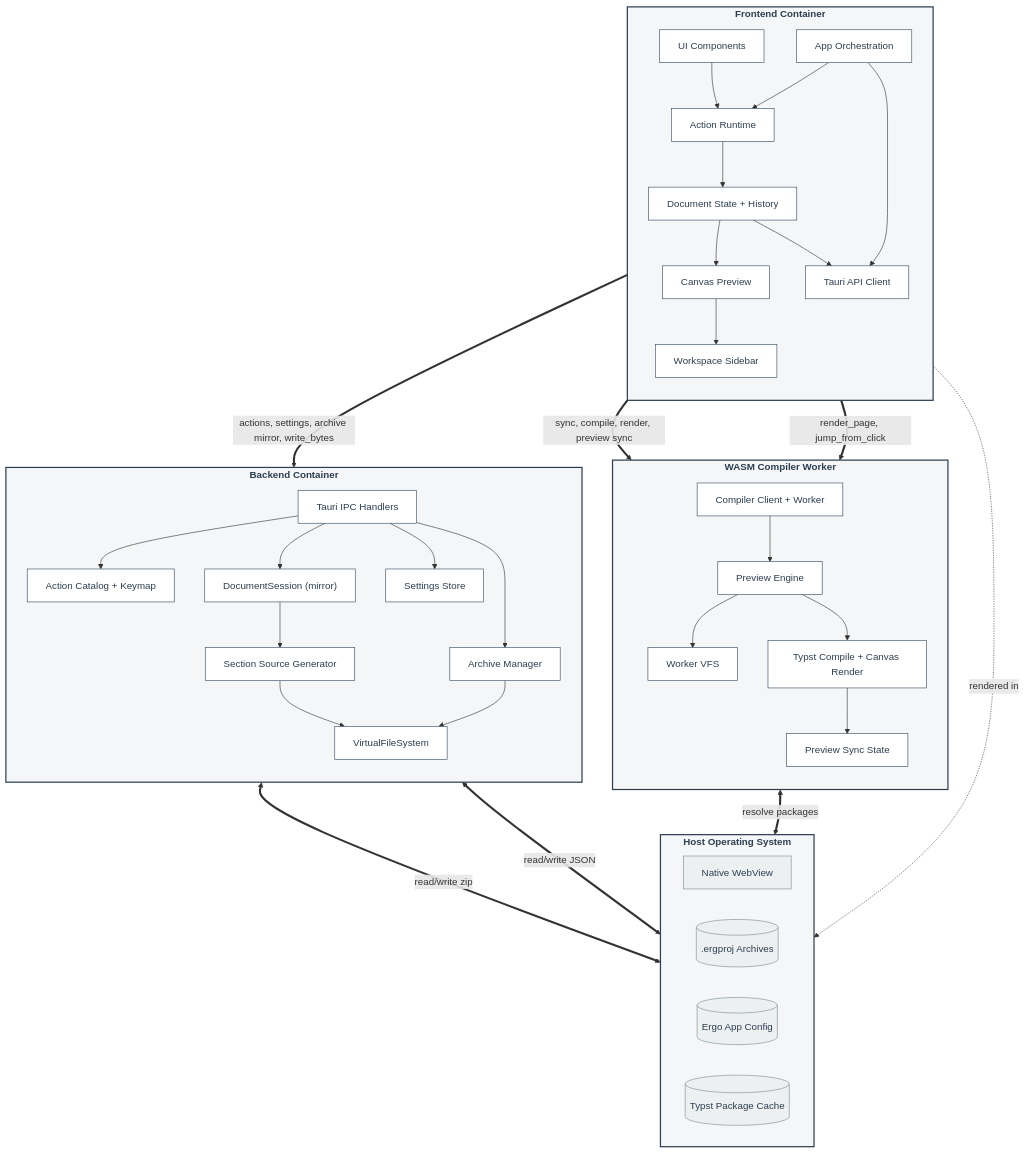
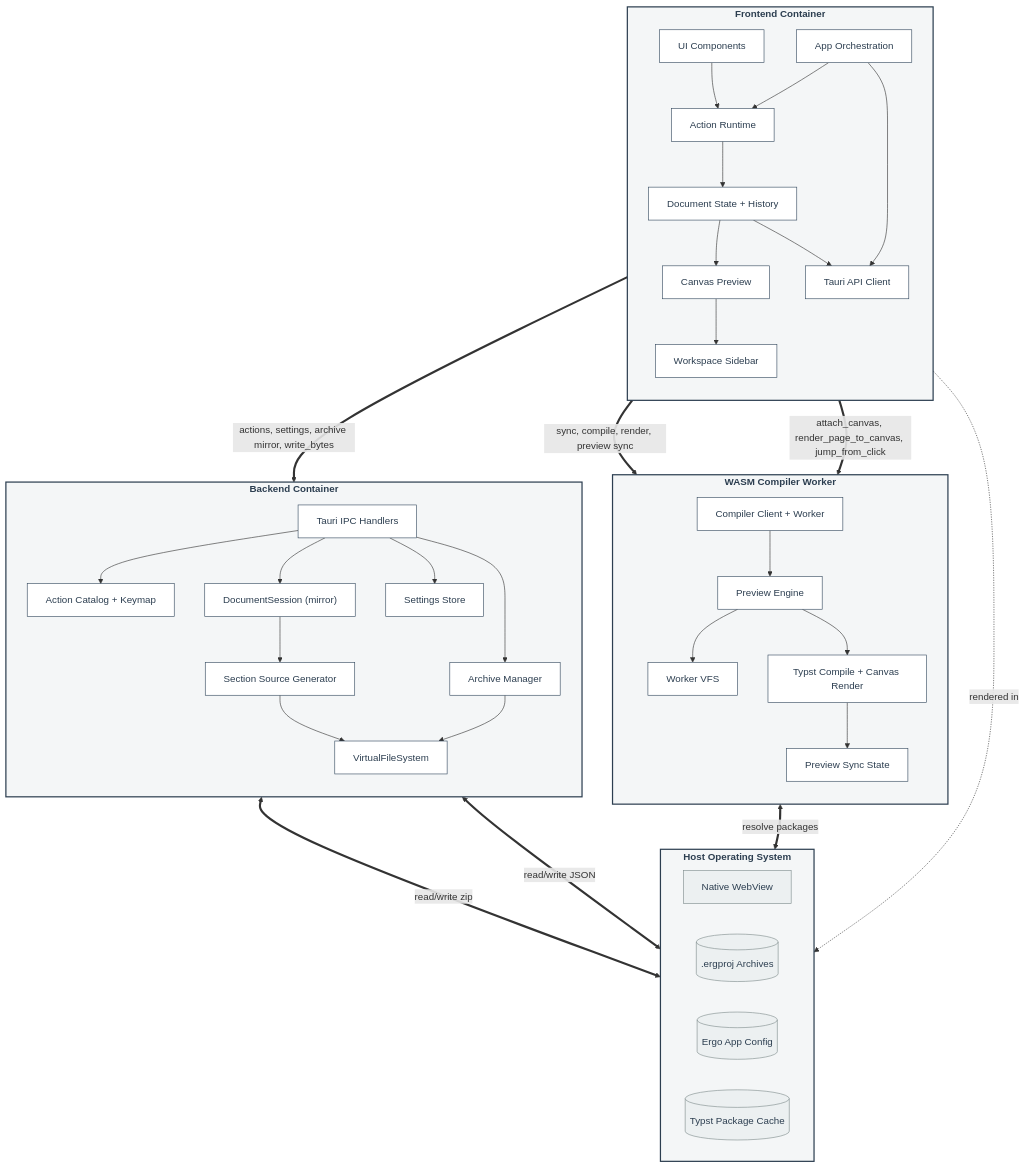
One commit to andmoreduro/ergo changed the diagram in context/component-diagram.md. Above: the diagram before and after it, drawn with Mermaid. The commit also changed other lines of this file and 2 other files, not shown here.

Commit message:
Document worker-owned canvas rendering

````diff
--- a/context/component-diagram.md
+++ b/context/component-diagram.md
@@ -18,79 +18,79 @@
 ```mermaid
 flowchart TB
     classDef container fill:#f4f6f7,stroke:#2c3e50,stroke-width:2px,color:#2c3e50,font-weight:bold;
     classDef comp fill:#ffffff,stroke:#34495e,stroke-width:1px,color:#2c3e50;
     classDef db fill:#ecf0f1,stroke:#7f8c8d,stroke-width:1px,color:#2c3e50;
 
     subgraph Frontend ["Frontend Container"]
         direction TB
         UI["UI Components"]:::comp
         Actions["Action Runtime"]:::comp
         DocState["Document State + History"]:::comp
         AppOrch["App Orchestration"]:::comp
         PreviewUI["Canvas Preview"]:::comp
         Sidebar["Workspace Sidebar"]:::comp
         TauriClient["Tauri API Client"]:::comp
 
         UI --> Actions
         Actions --> DocState
         AppOrch --> Actions
         AppOrch --> TauriClient
         DocState --> PreviewUI
         PreviewUI --> Sidebar
         DocState --> TauriClient
     end
 
     subgraph WasmWorker ["WASM Compiler Worker"]
         direction TB
         WorkerBridge["Compiler Client + Worker"]:::comp
         PreviewEngine["Preview Engine"]:::comp
         PreviewSync["Preview Sync State"]:::comp
         WorkerVFS["Worker VFS"]:::comp
         TypstCompile["Typst Compile + Canvas Render"]:::comp
 
         WorkerBridge --> PreviewEngine
         PreviewEngine --> WorkerVFS
         PreviewEngine --> TypstCompile
         TypstCompile --> PreviewSync
     end
 
     subgraph Backend ["Backend Container"]
         direction TB
         Handlers["Tauri IPC Handlers"]:::comp
         Session["DocumentSession (mirror)"]:::comp
         SourceGen["Section Source Generator"]:::comp
         VFS["VirtualFileSystem"]:::comp
         Archive["Archive Manager"]:::comp
         Settings["Settings Store"]:::comp
         ActionCatalog["Action Catalog + Keymap"]:::comp
 
         Handlers --> ActionCatalog
         Handlers --> Session
         Handlers --> Archive
         Handlers --> Settings
         Session --> SourceGen
         SourceGen --> VFS
         Archive --> VFS
     end
 
     subgraph System ["Host Operating System"]
         direction LR
         WebView["Native WebView"]:::db
         ProjectFiles[(".ergproj Archives")]:::db
         SettingsFile[("Ergo App Config")]:::db
         TypstCache[("Typst Package Cache")]:::db
     end
 
     Frontend -. "rendered in" .-> WebView
     DocState == "sync, compile, render, preview sync" ==> WorkerBridge
-    PreviewUI == "render_page, jump_from_click" ==> WorkerBridge
+    PreviewUI == "attach_canvas, render_page_to_canvas, jump_from_click" ==> WorkerBridge
     TauriClient == "actions, settings, archive mirror, write_bytes" ==> Handlers
     Archive <== "read/write zip" ==> ProjectFiles
     Settings <== "read/write JSON" ==> SettingsFile
     TypstCompile <== "resolve packages" ==> TypstCache
 
     class Frontend container
     class WasmWorker container
     class Backend container
     class System container
 ```
````
